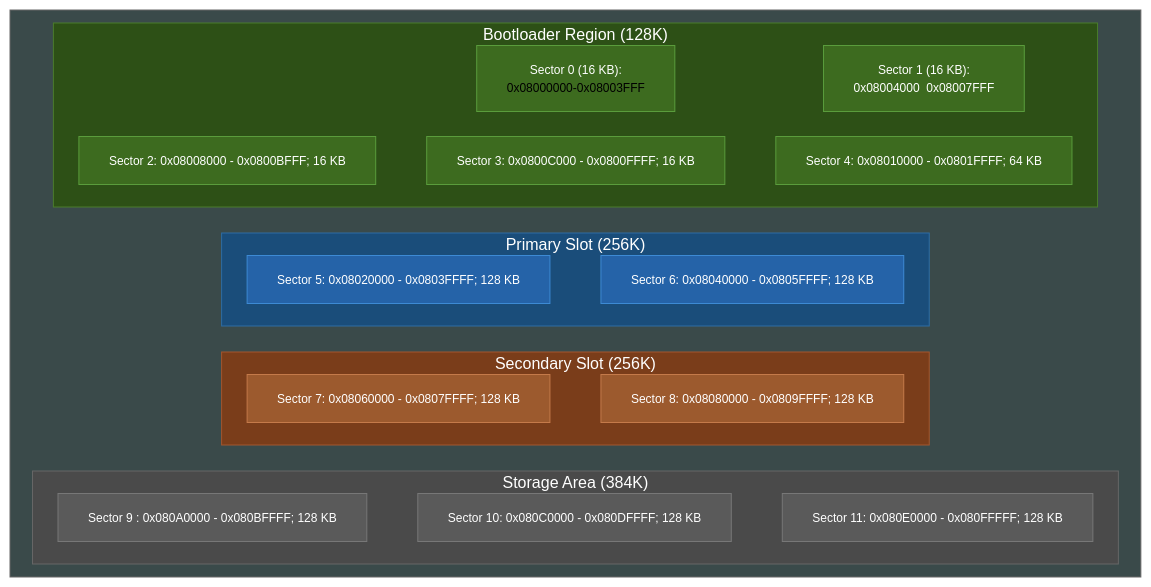
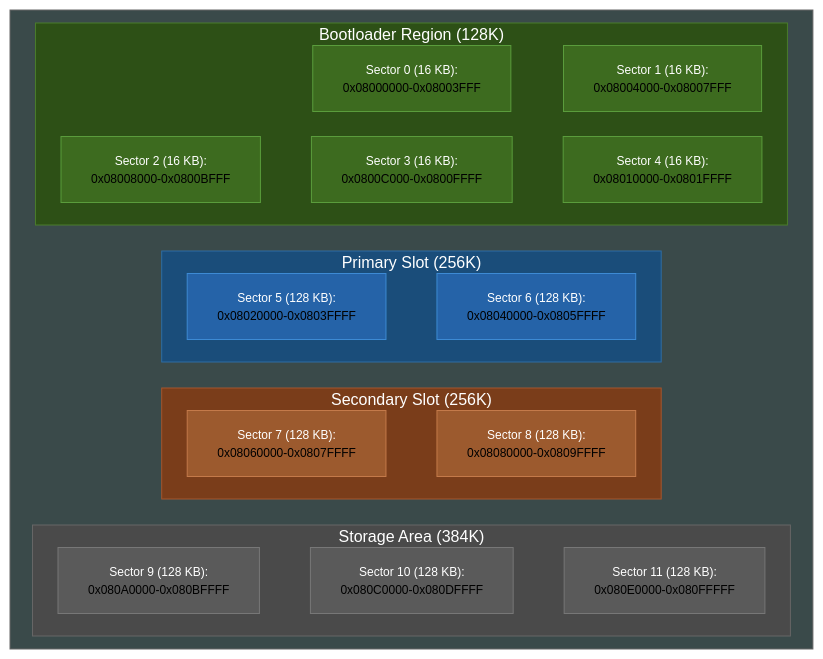
Before and after one commit to EvgeniyGA/wicked_boot: the diagram in README.md, drawn with Mermaid (forest theme).

````diff
--- a/README.md
+++ b/README.md
@@ -17,61 +17,61 @@
 ```mermaid
 flowchart TB
 
     %%{init: {'flowchart': {'nodeSpacing': 25, 'rankSpacing': 1,'useMaxWidth': false}}}%%
     subgraph STM32F407[" "]
         direction TB
         
         subgraph BOOT["Bootloader Region (128K)"]
             B1["Sector 0 (16 KB):<br/><span style='white-space: nowrap;'>0x08000000-0x08003FFF</span>"]
-            B2["Sector 1 (16 KB):<br/>0x08004000&nbsp;&nbsp;0x08007FFF"]
-            B3["<nobr>Sector 2: 0x08008000 - 0x0800BFFF; 16 KB</nobr>"]
-            B4["<nobr>Sector 3: 0x0800C000 - 0x0800FFFF; 16 KB</nobr>"]
-            B5["<nobr>Sector 4: 0x08010000 - 0x0801FFFF; 64 KB</nobr>"]
+            B2["Sector 1 (16 KB):<br/><span style='white-space: nowrap;'>0x08004000-0x08007FFF</span>"]
+            B3["Sector 2 (16 KB):<br/><span style='white-space: nowrap;'>0x08008000-0x0800BFFF</span>"]
+            B4["Sector 3 (16 KB):<br/><span style='white-space: nowrap;'>0x0800C000-0x0800FFFF</span>"]
+            B5["Sector 4 (16 KB):<br/><span style='white-space: nowrap;'>0x08010000-0x0801FFFF</span>"]
             B1 ~~~ B2
             B3 ~~~ B4
 			B4 ~~~ B5
         end
         
         subgraph PRIMARY["Primary Slot (256K)"]
-			P1["<nobr>Sector 5: 0x08020000 - 0x0803FFFF; 128 KB</nobr>"]
-			P2["<nobr>Sector 6: 0x08040000 - 0x0805FFFF; 128 KB</nobr>"]
+			P1["Sector 5 (128 KB):<br/><span style='white-space: nowrap;'>0x08020000-0x0803FFFF</span>"]
+			P2["Sector 6 (128 KB):<br/><span style='white-space: nowrap;'>0x08040000-0x0805FFFF</span>"]
 			P1 ~~~ P2
         end
         
         subgraph SECONDARY["Secondary Slot (256K)"]
-			S1["<nobr>Sector 7: 0x08060000 - 0x0807FFFF; 128 KB</nobr>"]
-			S2["<nobr>Sector 8: 0x08080000 - 0x0809FFFF; 128 KB</nobr>"]
+			S1["Sector 7 (128 KB):<br/><span style='white-space: nowrap;'> 0x08060000-0x0807FFFF</span>"]
+			S2["Sector 8 (128 KB):<br/><span style='white-space: nowrap;'> 0x08080000-0x0809FFFF</span>"]
 			S1 ~~~ S2
         end
         
         subgraph SCRATCH["Storage Area (384K)"]
-            SC1["<nobr>Sector 9 : 0x080A0000 - 0x080BFFFF; 128 KB</nobr>"]
-			SC2["<nobr>Sector 10: 0x080C0000 - 0x080DFFFF; 128 KB</nobr>"]
-			SC3["<nobr>Sector 11: 0x080E0000 - 0x080FFFFF; 128 KB</nobr>"]
+            SC1["Sector 9  (128 KB):<br/><span style='white-space: nowrap;'> 0x080A0000-0x080BFFFF</span>"]
+			SC2["Sector 10 (128 KB):<br/><span style='white-space: nowrap;'> 0x080C0000-0x080DFFFF</span>"]
+			SC3["Sector 11 (128 KB):<br/><span style='white-space: nowrap;'> 0x080E0000-0x080FFFFF</span>"]
 			SC1 ~~~ SC2
 			SC2 ~~~ SC3
         end
 
         BOOT ~~~ PRIMARY
         PRIMARY ~~~ SECONDARY
         SECONDARY ~~~ SCRATCH
     end
 
     style STM32F407 fill:#3a4a4a,stroke:#666,stroke-width:1px,color:#fff
     style BOOT fill:#2d5016,stroke:#4a7c2c,stroke-width:1px,color:#fff
     style PRIMARY fill:#1a4d7a,stroke:#2e6da4,stroke-width:1px,color:#fff
     style SECONDARY fill:#7a3d1a,stroke:#a4562e,stroke-width:1px,color:#fff
     style SCRATCH fill:#4a4a4a,stroke:#666,stroke-width:1px,color:#fff
     style B1 fill:#3d6b1f,stroke:#5a9c3c,stroke-width:1px,color:#fff,font-size:12px
     style B2 fill:#3d6b1f,stroke:#5a9c3c,stroke-width:1px,color:#fff,font-size:12px
     style B3 fill:#3d6b1f,stroke:#5a9c3c,stroke-width:1px,color:#fff,font-size:12px
     style B4 fill:#3d6b1f,stroke:#5a9c3c,stroke-width:1px,color:#fff,font-size:12px
     style B5 fill:#3d6b1f,stroke:#5a9c3c,stroke-width:1px,color:#fff,font-size:12px
     style P1 fill:#2563a8,stroke:#3d8ad4,stroke-width:1px,color:#fff,font-size:12px
     style P2 fill:#2563a8,stroke:#3d8ad4,stroke-width:1px,color:#fff,font-size:12px
     style S1 fill:#9c5a2e,stroke:#c47a4a,stroke-width:1px,color:#fff,font-size:12px
     style S2 fill:#9c5a2e,stroke:#c47a4a,stroke-width:1px,color:#fff,font-size:12px
     style SC1 fill:#5a5a5a,stroke:#777,stroke-width:1px,color:#fff,font-size:12px
     style SC2 fill:#5a5a5a,stroke:#777,stroke-width:1px,color:#fff,font-size:12px
     style SC3 fill:#5a5a5a,stroke:#777,stroke-width:1px,color:#fff,font-size:12px
 ```
````
